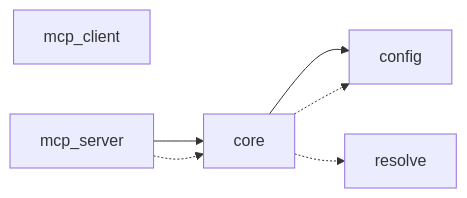
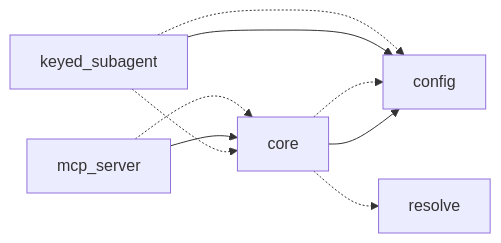
The diagram in docs/architecture/story_simulator.md (zhafen/story-simulator), drawn with Mermaid before and after one commit. The commit also changed 10 other files, not shown here.

````diff
--- a/docs/architecture/story_simulator.md
+++ b/docs/architecture/story_simulator.md
@@ -5,13 +5,16 @@
 ```mermaid
 flowchart LR
     n0["config"]
     n1["core"]
-    n2["mcp_client"]
+    n2["keyed_subagent"]
     n3["mcp_server"]
     n4["resolve"]
     n1 --> n0
     n1 -.-> n0
     n1 -.-> n4
+    n2 --> n0
+    n2 -.-> n0
+    n2 -.-> n1
     n3 --> n1
     n3 -.-> n1
 ```
````
